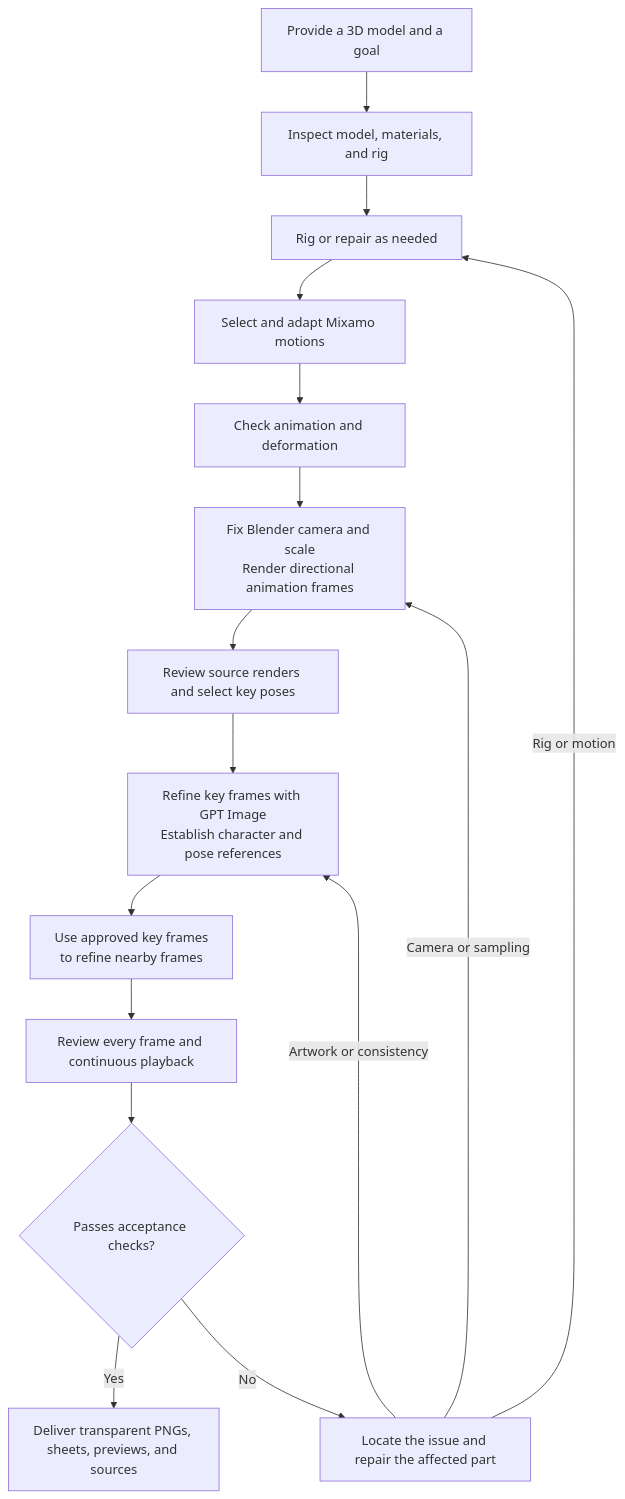
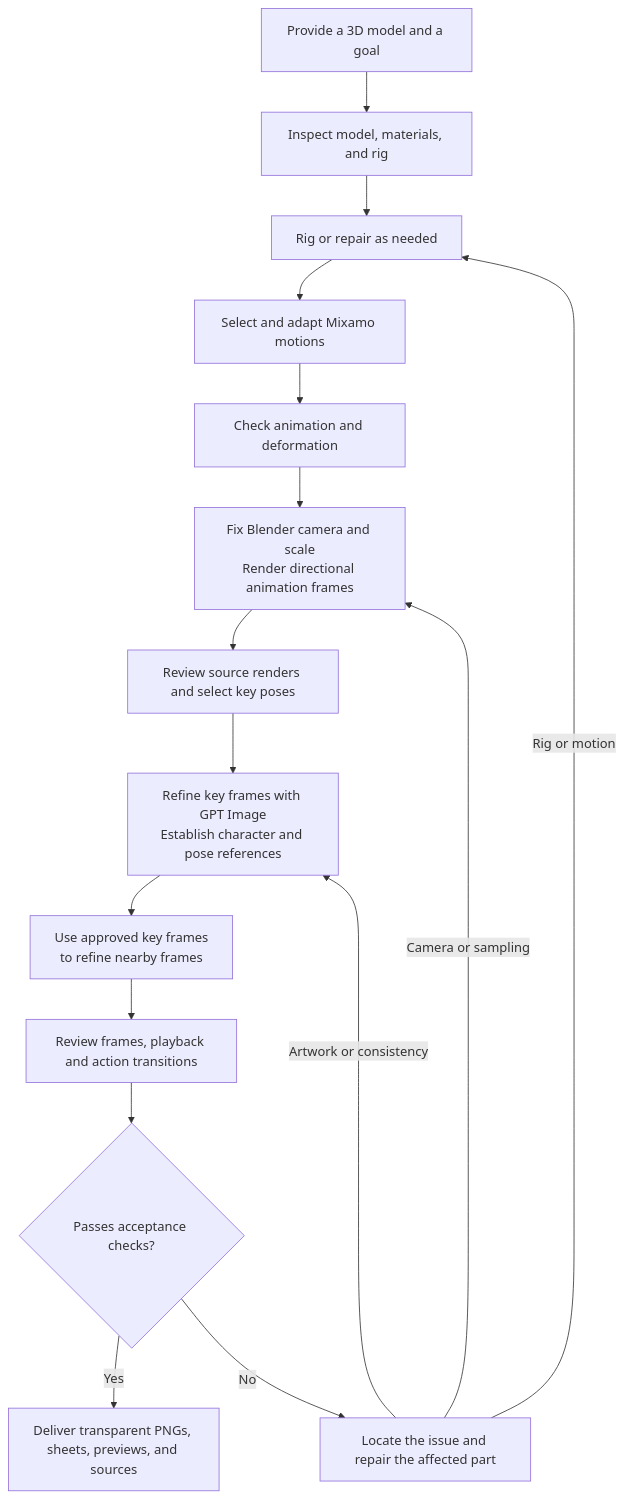
The diagram in README.en.md (zhangrlll/codex-to-2d-sprites), drawn with Mermaid before and after one commit. The commit also changed other lines of this file and 6 other files, not shown here.

Commit message:
Require visual QA across frames, playback and action transitions

````diff
--- a/README.en.md
+++ b/README.en.md
@@ -66,18 +66,18 @@
 ```mermaid
 flowchart TD
     A[Provide a 3D model and a goal] --> B[Inspect model, materials, and rig]
     B --> C[Rig or repair as needed]
     C --> D[Select and adapt Mixamo motions]
     D --> E[Check animation and deformation]
     E --> F[Fix Blender camera and scale\nRender directional animation frames]
     F --> G[Review source renders and select key poses]
     G --> H[Refine key frames with GPT Image\nEstablish character and pose references]
     H --> I[Use approved key frames\nto refine nearby frames]
-    I --> J[Review every frame and continuous playback]
+    I --> J[Review frames, playback and action transitions]
     J --> K{Passes acceptance checks?}
     K -- Yes --> L[Deliver transparent PNGs, sheets, previews, and sources]
     K -- No --> M[Locate the issue and repair the affected part]
     M -- Rig or motion --> C
     M -- Camera or sampling --> F
     M -- Artwork or consistency --> H
 ```
````
